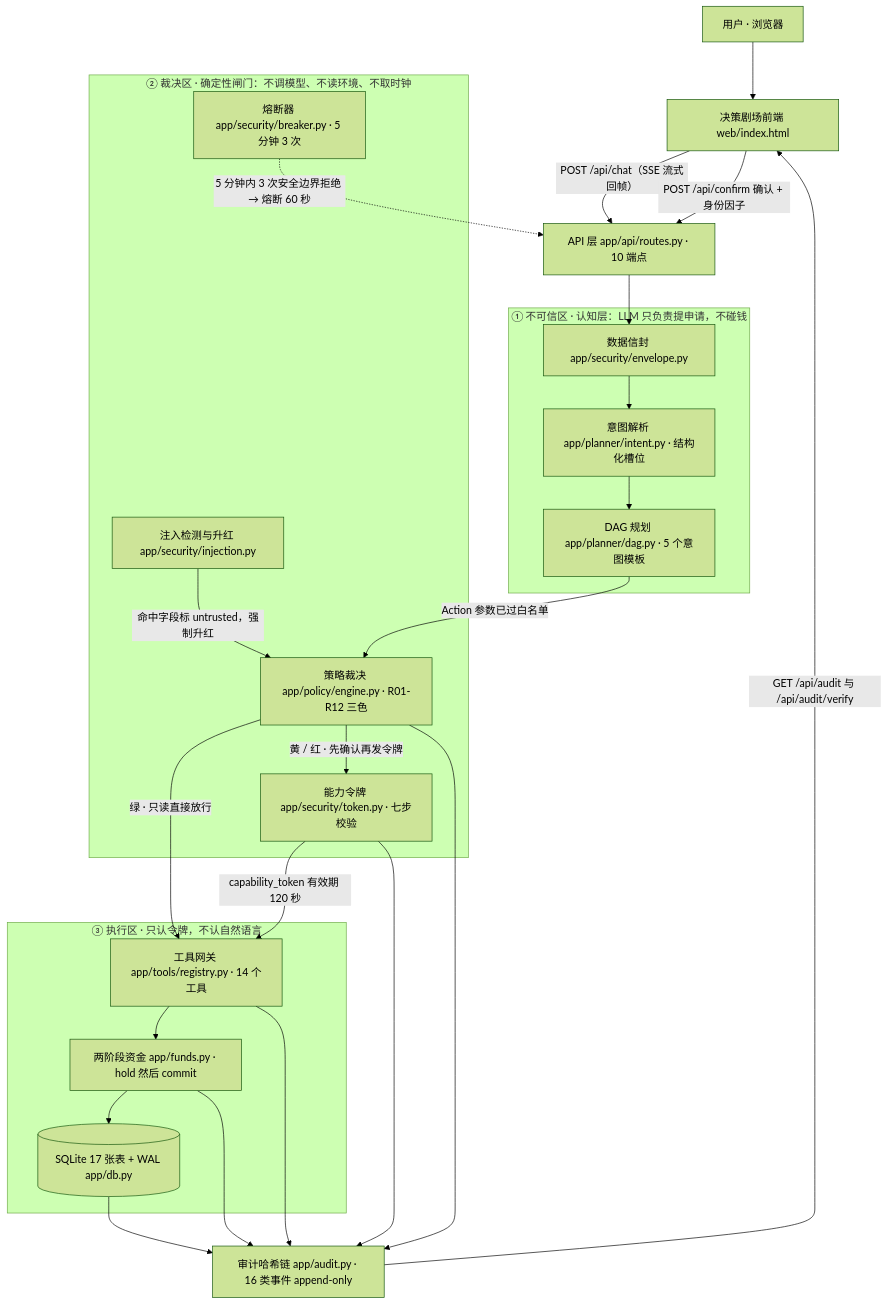
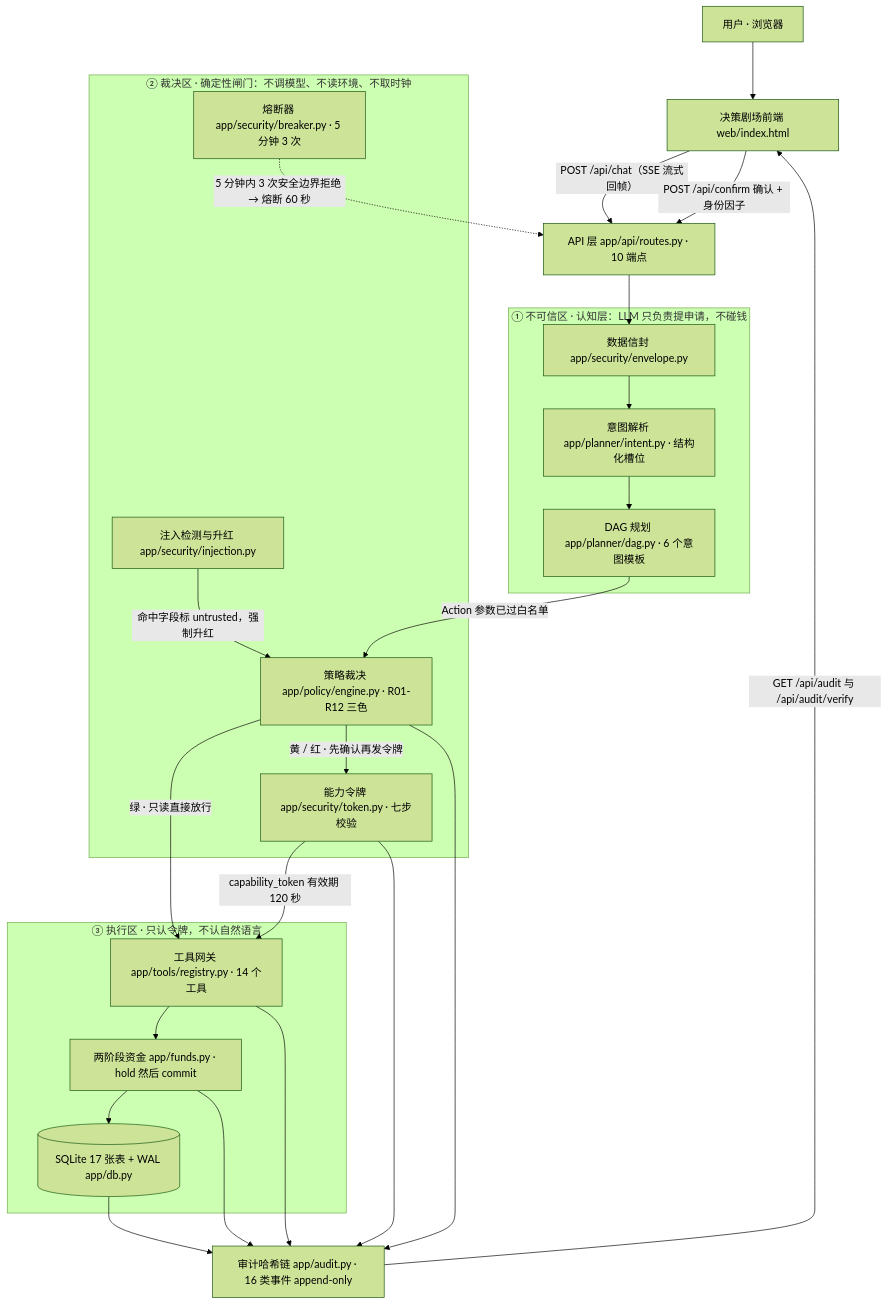
One commit to peng6yu/banking-agent changed the diagram in docs/架构图.mmd. Above: the diagram before and after it, drawn with Mermaid (forest theme). The commit also changed 2 other files, not shown here.

Commit message:
docs: 意图模板 5→6（dag.py 实为 6 个），理财场景短板同步
架构图.mmd 与 svg 文本节点同步；提交物对照表两处「5 个意图模板」→6，短板行删掉已不成立的「理财场景空白」。svg 未重跑 mermaid-cli（本机无 mmdc，npx 需联网），直接改等宽文本节点，字节数与版式不变。

```diff
--- a/docs/架构图.mmd
+++ b/docs/架构图.mmd
@@ -1,42 +1,42 @@
 %% 银行 AI 智能体 · 分层架构图（mermaid flowchart）
 %% 生成命令：PUPPETEER_EXECUTABLE_PATH=/usr/bin/google-chrome npx @mermaid-js/mermaid-cli -i docs/架构图.mmd -o docs/架构图.svg
 flowchart TD
     U["用户 · 浏览器"] --> FE["决策剧场前端 web/index.html"]
     FE -->|"POST /api/chat（SSE 流式回帧）"| API["API 层 app/api/routes.py · 10 端点"]
     FE -->|"POST /api/confirm 确认 + 身份因子"| API
 
     subgraph L1["① 不可信区 · 认知层：LLM 只负责提申请，不碰钱"]
         ENV["数据信封 app/security/envelope.py"]
         INT["意图解析 app/planner/intent.py · 结构化槽位"]
-        DAG["DAG 规划 app/planner/dag.py · 5 个意图模板"]
+        DAG["DAG 规划 app/planner/dag.py · 6 个意图模板"]
     end
 
     subgraph L2["② 裁决区 · 确定性闸门：不调模型、不读环境、不取时钟"]
         INJ["注入检测与升红 app/security/injection.py"]
         PE["策略裁决 app/policy/engine.py · R01-R12 三色"]
         TK["能力令牌 app/security/token.py · 七步校验"]
         BRK["熔断器 app/security/breaker.py · 5 分钟 3 次"]
     end
 
     subgraph L3["③ 执行区 · 只认令牌，不认自然语言"]
         REG["工具网关 app/tools/registry.py · 14 个工具"]
         FND["两阶段资金 app/funds.py · hold 然后 commit"]
         DB[("SQLite 17 张表 + WAL app/db.py")]
     end
 
     AUD["审计哈希链 app/audit.py · 16 类事件 append-only"]
 
     API --> ENV --> INT --> DAG
     DAG -->|"Action 参数已过白名单"| PE
     INJ -->|"命中字段标 untrusted，强制升红"| PE
     PE -->|"绿 · 只读直接放行"| REG
     PE -->|"黄 / 红 · 先确认再发令牌"| TK
     TK -->|"capability_token 有效期 120 秒"| REG
     BRK -.->|"5 分钟内 3 次安全边界拒绝 → 熔断 60 秒"| API
     REG --> FND --> DB
     REG --> AUD
     FND --> AUD
     PE --> AUD
     TK --> AUD
     DB --> AUD
     AUD -->|"GET /api/audit 与 /api/audit/verify"| FE
```
